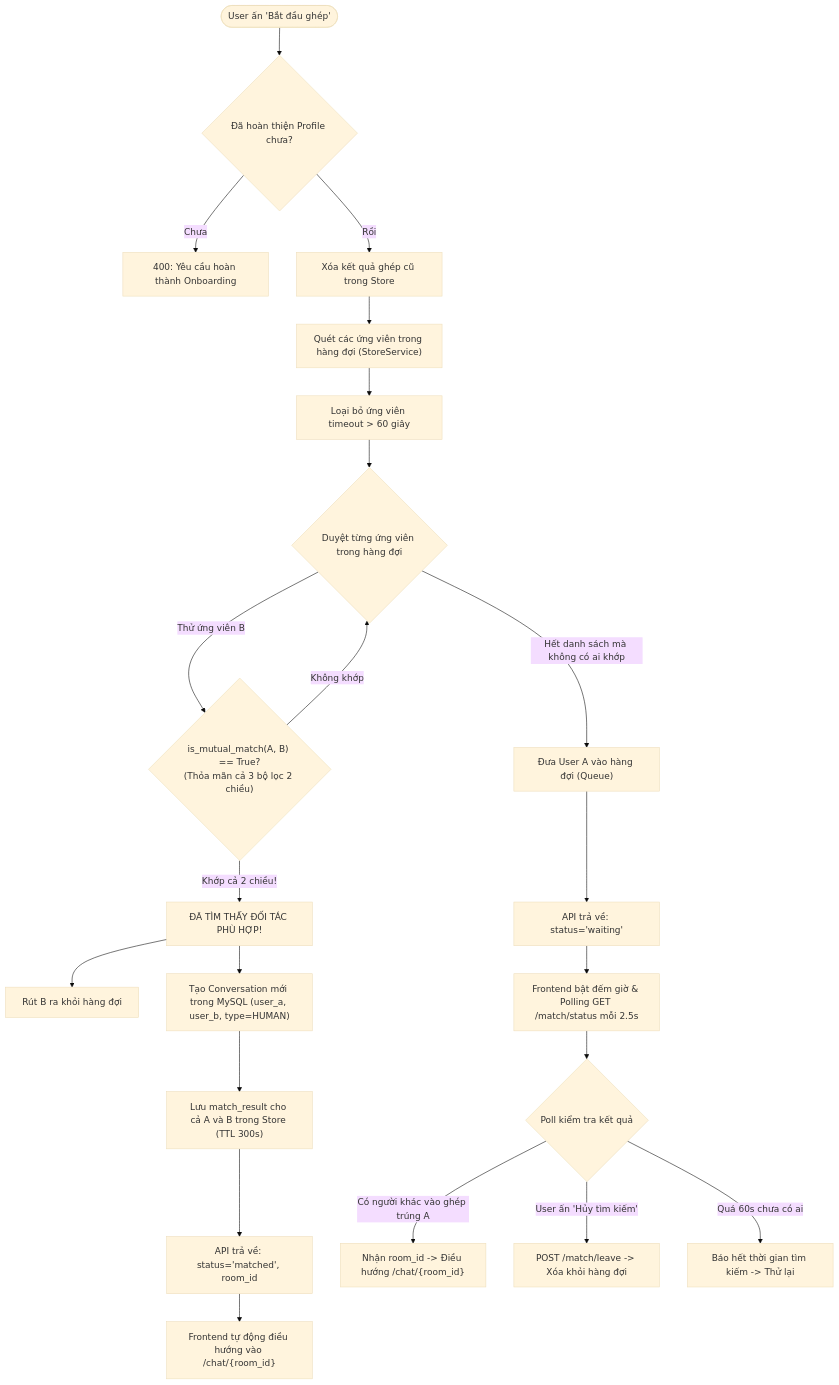
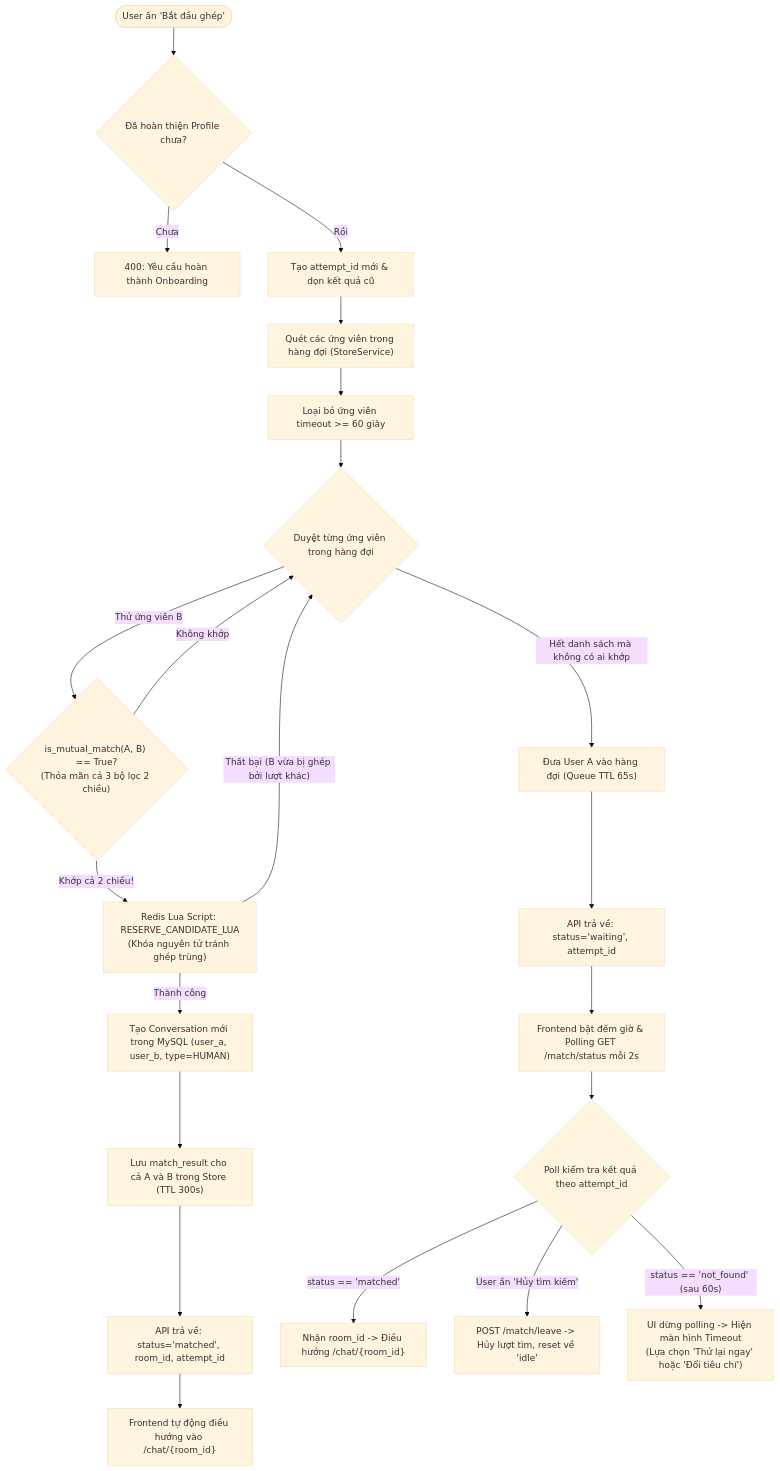
Before and after one commit to maitrang051106/project_1: the seventh of 10 diagrams in docs/SYSTEM_FLOWS.md, drawn with Mermaid (base theme). The commit also changed other lines of this file and 37 other files, not shown here.

````diff
--- a/docs/SYSTEM_FLOWS.md
+++ b/docs/SYSTEM_FLOWS.md
@@ -329,28 +329,28 @@
 ```mermaid
 flowchart TD
     Start([User ấn 'Bắt đầu ghép']) --> CheckProf{"Đã hoàn thiện Profile chưa?"}
     CheckProf -- "Chưa" --> RetErr["400: Yêu cầu hoàn thành Onboarding"]
-    CheckProf -- "Rồi" --> ClearOld["Xóa kết quả ghép cũ trong Store"]
-    ClearOld --> ScanQueue["Quét các ứng viên trong hàng đợi (StoreService)"]
-    ScanQueue --> FilterStale["Loại bỏ ứng viên timeout > 60 giây"]
+    CheckProf -- "Rồi" --> GenAtt["Tạo attempt_id mới & dọn kết quả cũ"]
+    GenAtt --> ScanQueue["Quét các ứng viên trong hàng đợi (StoreService)"]
+    ScanQueue --> FilterStale["Loại bỏ ứng viên timeout >= 60 giây"]
     FilterStale --> LoopCand{"Duyệt từng ứng viên trong hàng đợi"}
 
     LoopCand -- "Thử ứng viên B" --> EvalMutual{"is_mutual_match(A, B) == True?\n(Thỏa mãn cả 3 bộ lọc 2 chiều)"}
     EvalMutual -- "Không khớp" --> LoopCand
 
-    EvalMutual -- "Khớp cả 2 chiều!" --> FoundMatch["ĐÃ TÌM THẤY ĐỐI TÁC PHÙ HỢP!"]
-    FoundMatch --> DequeueB["Rút B ra khỏi hàng đợi"]
-    FoundMatch --> CreateRoom["Tạo Conversation mới trong MySQL (user_a, user_b, type=HUMAN)"]
+    EvalMutual -- "Khớp cả 2 chiều!" --> Reserve["Redis Lua Script: RESERVE_CANDIDATE_LUA\n(Khóa nguyên tử tránh ghép trùng)"]
+    Reserve -- "Thất bại (B vừa bị ghép bởi lượt khác)" --> LoopCand
+    Reserve -- "Thành công" --> CreateRoom["Tạo Conversation mới trong MySQL (user_a, user_b, type=HUMAN)"]
     CreateRoom --> SaveResult["Lưu match_result cho cả A và B trong Store (TTL 300s)"]
-    SaveResult --> RetMatched["API trả về: status='matched', room_id"]
+    SaveResult --> RetMatched["API trả về: status='matched', room_id, attempt_id"]
     RetMatched --> EnterChat["Frontend tự động điều hướng vào /chat/{room_id}"]
 
-    LoopCand -- "Hết danh sách mà không có ai khớp" --> AddToQ["Đưa User A vào hàng đợi (Queue)"]
-    AddToQ --> RetWaiting["API trả về: status='waiting'"]
-    RetWaiting --> StartPolling["Frontend bật đếm giờ & Polling GET /match/status mỗi 2.5s"]
+    LoopCand -- "Hết danh sách mà không có ai khớp" --> AddToQ["Đưa User A vào hàng đợi (Queue TTL 65s)"]
+    AddToQ --> RetWaiting["API trả về: status='waiting', attempt_id"]
+    RetWaiting --> StartPolling["Frontend bật đếm giờ & Polling GET /match/status mỗi 2s"]
 
-    StartPolling --> PollCheck{"Poll kiểm tra kết quả"}
-    PollCheck -- "Có người khác vào ghép trúng A" --> ReceiveMatch["Nhận room_id -> Điều hướng /chat/{room_id}"]
-    PollCheck -- "User ấn 'Hủy tìm kiếm'" --> LeaveAPI["POST /match/leave -> Xóa khỏi hàng đợi"]
-    PollCheck -- "Quá 60s chưa có ai" --> TimeoutMatch["Báo hết thời gian tìm kiếm -> Thử lại"]
+    StartPolling --> PollCheck{"Poll kiểm tra kết quả theo attempt_id"}
+    PollCheck -- "status == 'matched'" --> ReceiveMatch["Nhận room_id -> Điều hướng /chat/{room_id}"]
+    PollCheck -- "User ấn 'Hủy tìm kiếm'" --> LeaveAPI["POST /match/leave -> Hủy lượt tìm, reset về 'idle'"]
+    PollCheck -- "status == 'not_found' (sau 60s)" --> TimeoutMatch["UI dừng polling -> Hiện màn hình Timeout\n(Lựa chọn 'Thử lại ngay' hoặc 'Đổi tiêu chí')"]
 ```
````
